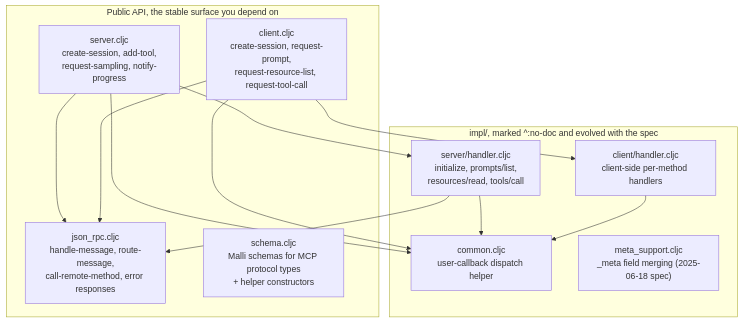
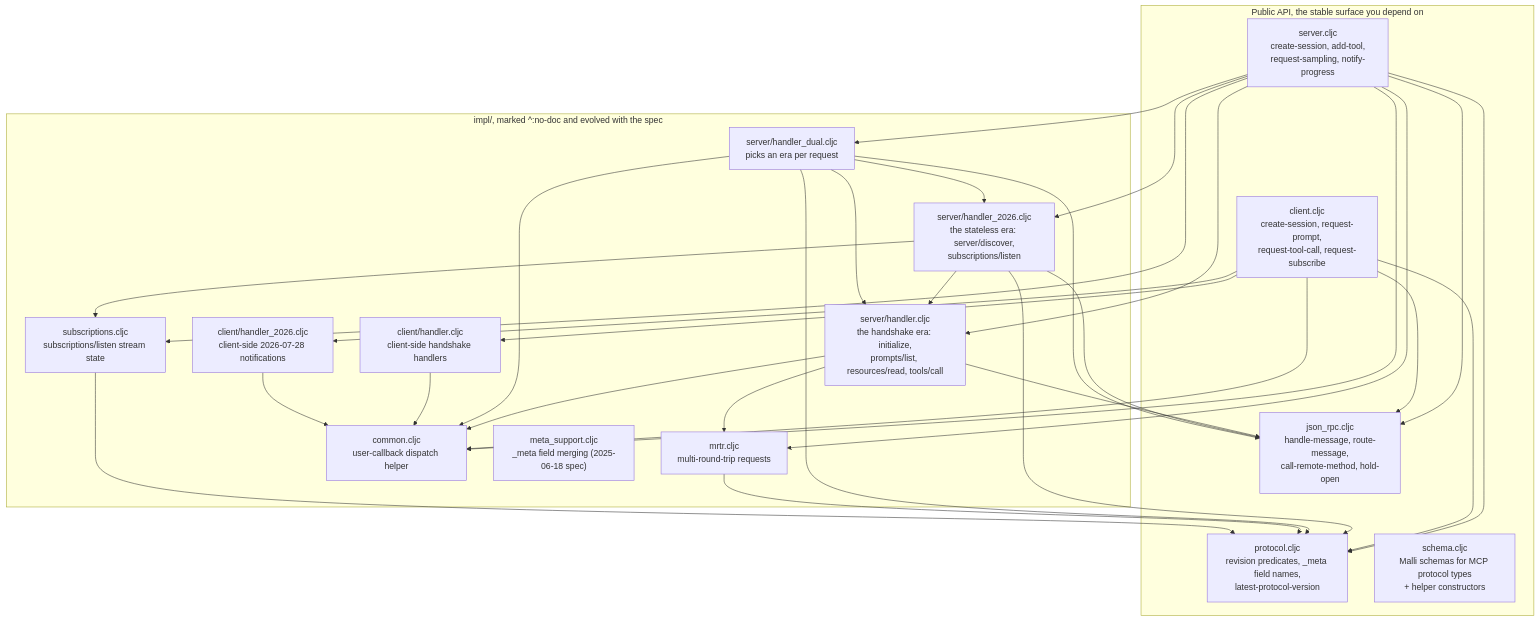
Before and after one commit to b12n-oss/mcp-tkx: the first of 2 diagrams in docs/guide/architecture.md, drawn with Mermaid. The commit also changed other lines of this file, not shown here.

First line of the commit message:
docs(architecture): redraw for the 14 namespaces that exist

````diff
--- a/docs/guide/architecture.md
+++ b/docs/guide/architecture.md
@@ -10,26 +10,52 @@
 ```mermaid
 flowchart TD
   subgraph pub["Public API, the stable surface you depend on"]
     server["server.cljc<br/>create-session, add-tool,<br/>request-sampling, notify-progress"]
-    client["client.cljc<br/>create-session, request-prompt,<br/>request-resource-list, request-tool-call"]
-    jsonrpc["json_rpc.cljc<br/>handle-message, route-message,<br/>call-remote-method, error responses"]
+    client["client.cljc<br/>create-session, request-prompt,<br/>request-tool-call, request-subscribe"]
+    jsonrpc["json_rpc.cljc<br/>handle-message, route-message,<br/>call-remote-method, hold-open"]
+    protocol["protocol.cljc<br/>revision predicates, _meta field names,<br/>latest-protocol-version"]
     schema["schema.cljc<br/>Malli schemas for MCP protocol types<br/>+ helper constructors"]
   end
 
   subgraph impl["impl/, marked ^:no-doc and evolved with the spec"]
-    shandler["server/handler.cljc<br/>initialize, prompts/list,<br/>resources/read, tools/call"]
-    chandler["client/handler.cljc<br/>client-side per-method handlers"]
+    shandler["server/handler.cljc<br/>the handshake era: initialize,<br/>prompts/list, resources/read, tools/call"]
+    shandler26["server/handler_2026.cljc<br/>the stateless era: server/discover,<br/>subscriptions/listen"]
+    shandlerd["server/handler_dual.cljc<br/>picks an era per request"]
+    chandler["client/handler.cljc<br/>client-side handshake handlers"]
+    chandler26["client/handler_2026.cljc<br/>client-side 2026-07-28 notifications"]
+    mrtr["mrtr.cljc<br/>multi-round-trip requests"]
+    subs["subscriptions.cljc<br/>subscriptions/listen stream state"]
     common["common.cljc<br/>user-callback dispatch helper"]
     meta["meta_support.cljc<br/>_meta field merging (2025-06-18 spec)"]
   end
 
   server --> shandler
+  server --> shandler26
+  server --> shandlerd
+  server --> mrtr
+  server --> subs
   server --> jsonrpc
+  server --> protocol
   server --> common
   client --> chandler
+  client --> chandler26
   client --> jsonrpc
+  client --> protocol
   client --> common
   shandler --> jsonrpc
+  shandler --> mrtr
   shandler --> common
+  shandler26 --> shandler
+  shandler26 --> subs
+  shandler26 --> jsonrpc
+  shandler26 --> protocol
+  shandlerd --> shandler
+  shandlerd --> shandler26
+  shandlerd --> jsonrpc
+  shandlerd --> protocol
+  shandlerd --> common
   chandler --> common
+  chandler26 --> common
+  mrtr --> protocol
+  subs --> protocol
 ```
````
